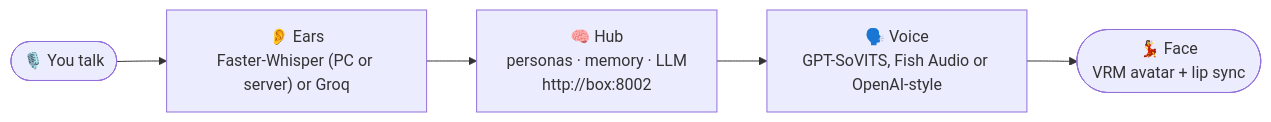
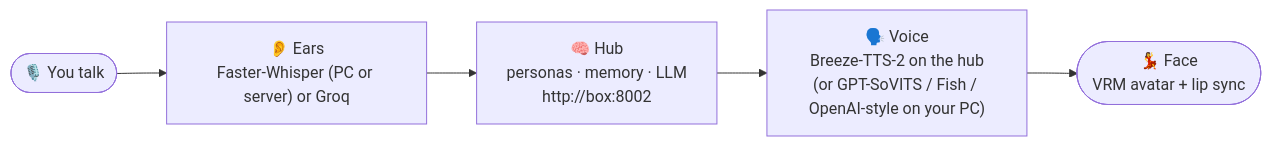
The diagram in README.md (urbanslayer/ai-desktop-assistant), drawn with Mermaid before and after one commit. The commit also changed other lines of this file and 2 other files, not shown here.

First line of the commit message:
Voice round: tts: hub tests + README voice rewrite

````diff
--- a/README.md
+++ b/README.md
@@ -58,7 +58,7 @@
 ```mermaid
 flowchart LR
     you(["🎙️ You talk"]) --> ears["👂 Ears<br/>Faster-Whisper (PC or server) or Groq"]
     ears --> hub["🧠 Hub<br/>personas · memory · LLM<br/>http://box:8002"]
-    hub --> voice["🗣️ Voice<br/>GPT-SoVITS, Fish Audio or OpenAI-style"]
+    hub --> voice["🗣️ Voice<br/>Breeze-TTS-2 on the hub<br/>(or GPT-SoVITS / Fish / OpenAI-style on your PC)"]
     voice --> face(["💃 Face<br/>VRM avatar + lip sync"])
 ```
````
